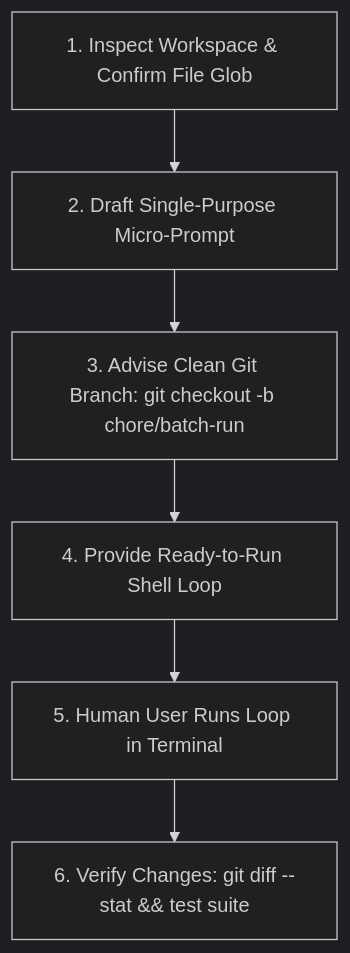
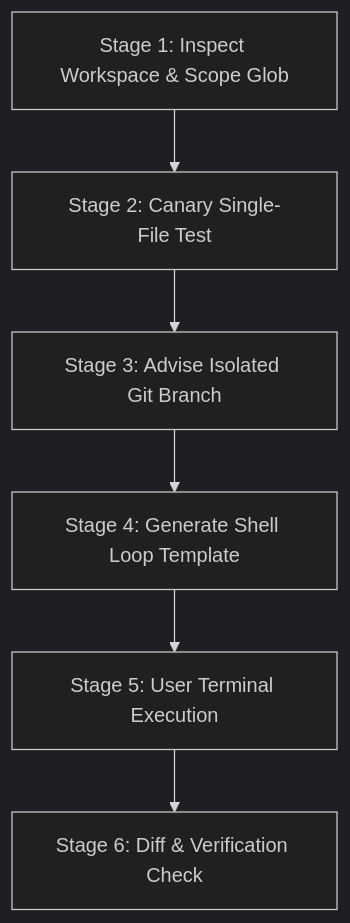
The diagram in pi-agent/Pi_Config/agent/skills/batch-automator/SKILL.md (skygrip/dotfiles), drawn with Mermaid (dark theme) before and after one commit. The commit also changed other lines of this file and 23 other files, not shown here.

````diff
--- a/pi-agent/Pi_Config/agent/skills/batch-automator/SKILL.md
+++ b/pi-agent/Pi_Config/agent/skills/batch-automator/SKILL.md
@@ -44,8 +14,8 @@
 ```mermaid
 flowchart TD
-    A["1. Inspect Workspace & Confirm File Glob"] --> B["2. Draft Single-Purpose Micro-Prompt"]
-    B --> C["3. Advise Clean Git Branch: git checkout -b chore/batch-run"]
-    C --> D["4. Provide Ready-to-Run Shell Loop"]
-    D --> E["5. Human User Runs Loop in Terminal"]
-    E --> F["6. Verify Changes: git diff --stat && test suite"]
+    A["Stage 1: Inspect Workspace & Scope Glob"] --> B["Stage 2: Canary Single-File Test"]
+    B --> C["Stage 3: Advise Isolated Git Branch"]
+    C --> D["Stage 4: Generate Shell Loop Template"]
+    D --> E["Stage 5: User Terminal Execution"]
+    E --> F["Stage 6: Diff & Verification Check"]
 ```
````
